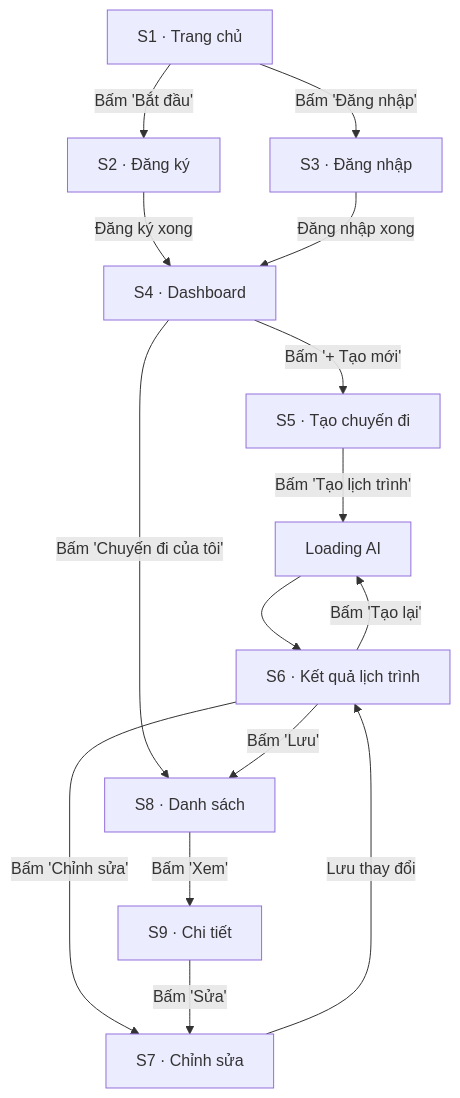
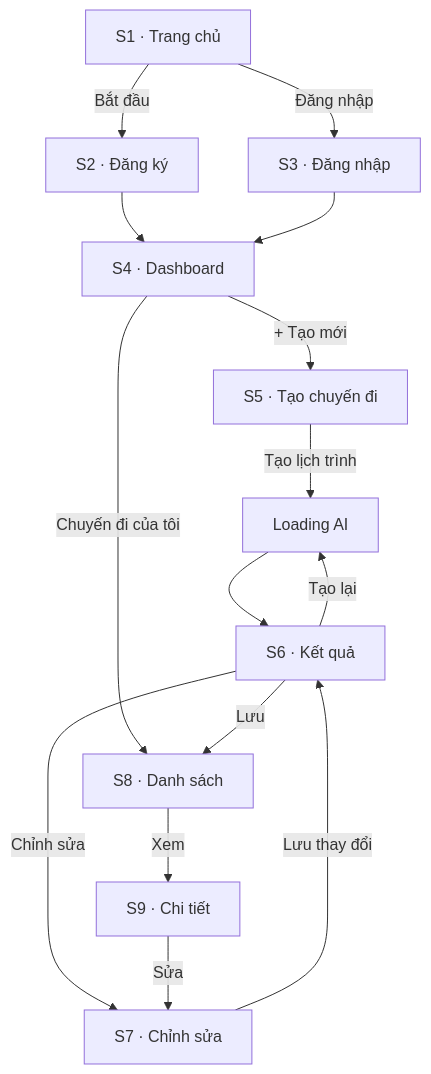
One commit to hongocthaovy0710/TripMindAI changed the diagram in docs/4.3-prototyping.md. Above: the diagram before and after it, drawn with Mermaid. The commit also changed other lines of this file and 3 other files, not shown here.

````diff
--- a/docs/4.3-prototyping.md
+++ b/docs/4.3-prototyping.md
@@ -35,17 +97,17 @@
 ```mermaid
 flowchart TD
-    S1[S1 · Trang chủ] -->|Bấm 'Bắt đầu'| S2[S2 · Đăng ký]
-    S1 -->|Bấm 'Đăng nhập'| S3[S3 · Đăng nhập]
-    S2 -->|Đăng ký xong| S4[S4 · Dashboard]
-    S3 -->|Đăng nhập xong| S4
-    S4 -->|Bấm '+ Tạo mới'| S5[S5 · Tạo chuyến đi]
-    S4 -->|Bấm 'Chuyến đi của tôi'| S8[S8 · Danh sách]
-    S5 -->|Bấm 'Tạo lịch trình'| L[Loading AI]
-    L --> S6[S6 · Kết quả lịch trình]
-    S6 -->|Bấm 'Chỉnh sửa'| S7[S7 · Chỉnh sửa]
-    S6 -->|Bấm 'Tạo lại'| L
-    S6 -->|Bấm 'Lưu'| S8
+    S1[S1 · Trang chủ] -->|Bắt đầu| S2[S2 · Đăng ký]
+    S1 -->|Đăng nhập| S3[S3 · Đăng nhập]
+    S2 --> S4[S4 · Dashboard]
+    S3 --> S4
+    S4 -->|+ Tạo mới| S5[S5 · Tạo chuyến đi]
+    S4 -->|Chuyến đi của tôi| S8[S8 · Danh sách]
+    S5 -->|Tạo lịch trình| L[Loading AI]
+    L --> S6[S6 · Kết quả]
+    S6 -->|Chỉnh sửa| S7[S7 · Chỉnh sửa]
+    S6 -->|Tạo lại| L
+    S6 -->|Lưu| S8
     S7 -->|Lưu thay đổi| S6
-    S8 -->|Bấm 'Xem'| S9[S9 · Chi tiết]
-    S9 -->|Bấm 'Sửa'| S7
+    S8 -->|Xem| S9[S9 · Chi tiết]
+    S9 -->|Sửa| S7
 ```
````
